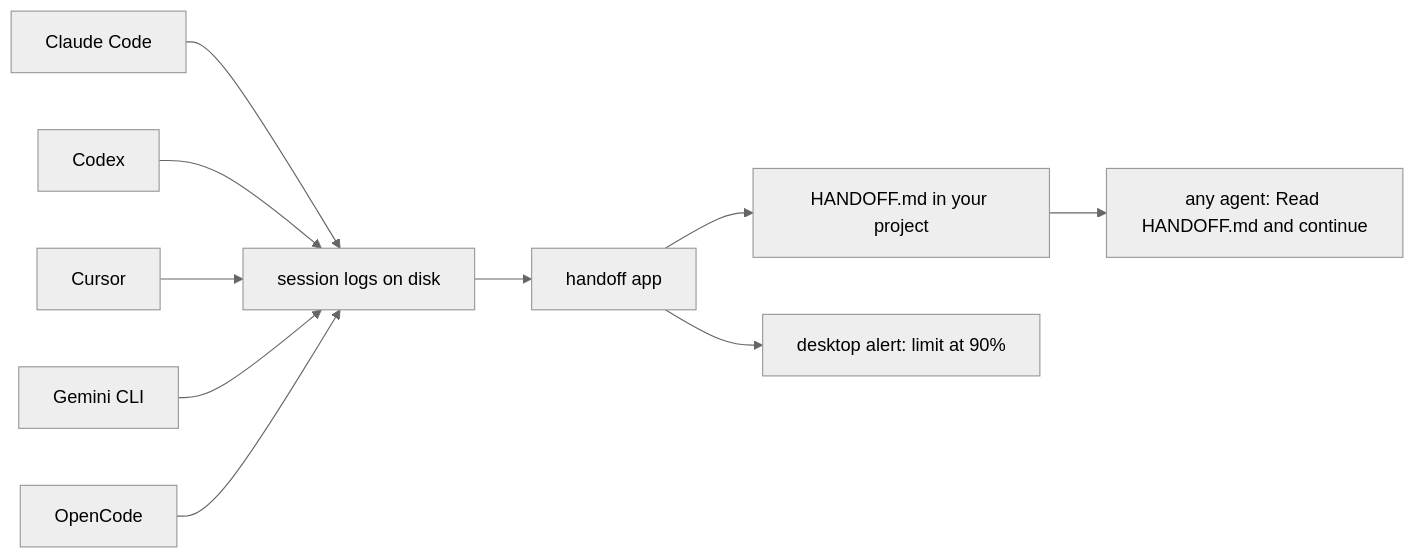
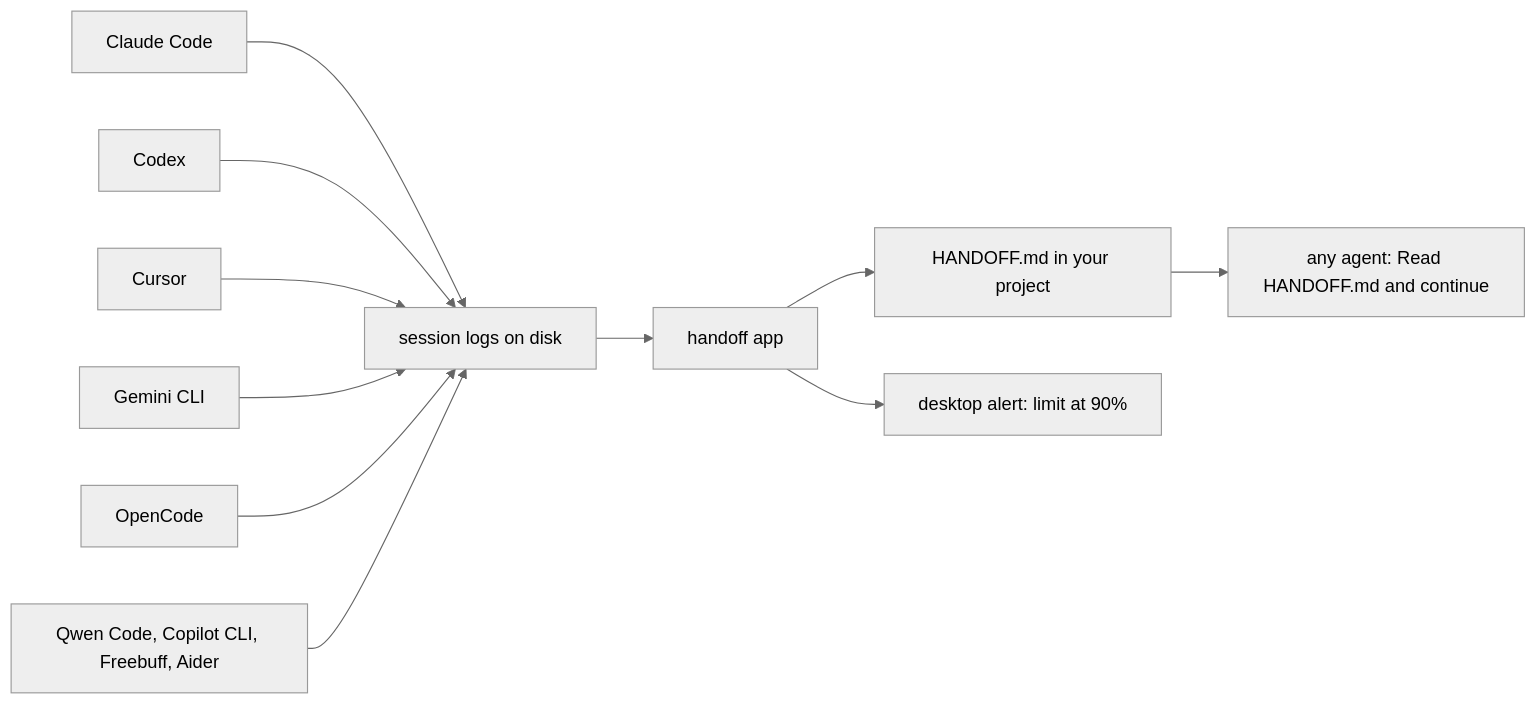
The diagram in README.md (chentaymane/handOff), drawn with Mermaid (neutral theme) before and after one commit. The commit also changed other lines of this file and 24 other files, not shown here.

First line of the commit message:
Add a local dashboard and read Qwen Code, Copilot CLI, Freebuff and Aider

````diff
--- a/README.md
+++ b/README.md
@@ -26,12 +26,13 @@
 ```mermaid
 flowchart LR
     A["Claude Code"] --> L["session logs on disk"]
     B["Codex"] --> L
     C["Cursor"] --> L
     D["Gemini CLI"] --> L
     E["OpenCode"] --> L
+    G["Qwen Code, Copilot CLI, Freebuff, Aider"] --> L
     L --> H["handoff app"]
     H --> F["HANDOFF.md in your project"]
     H --> N["desktop alert: limit at 90%"]
     F --> X["any agent: Read HANDOFF.md and continue"]
 ```
````
